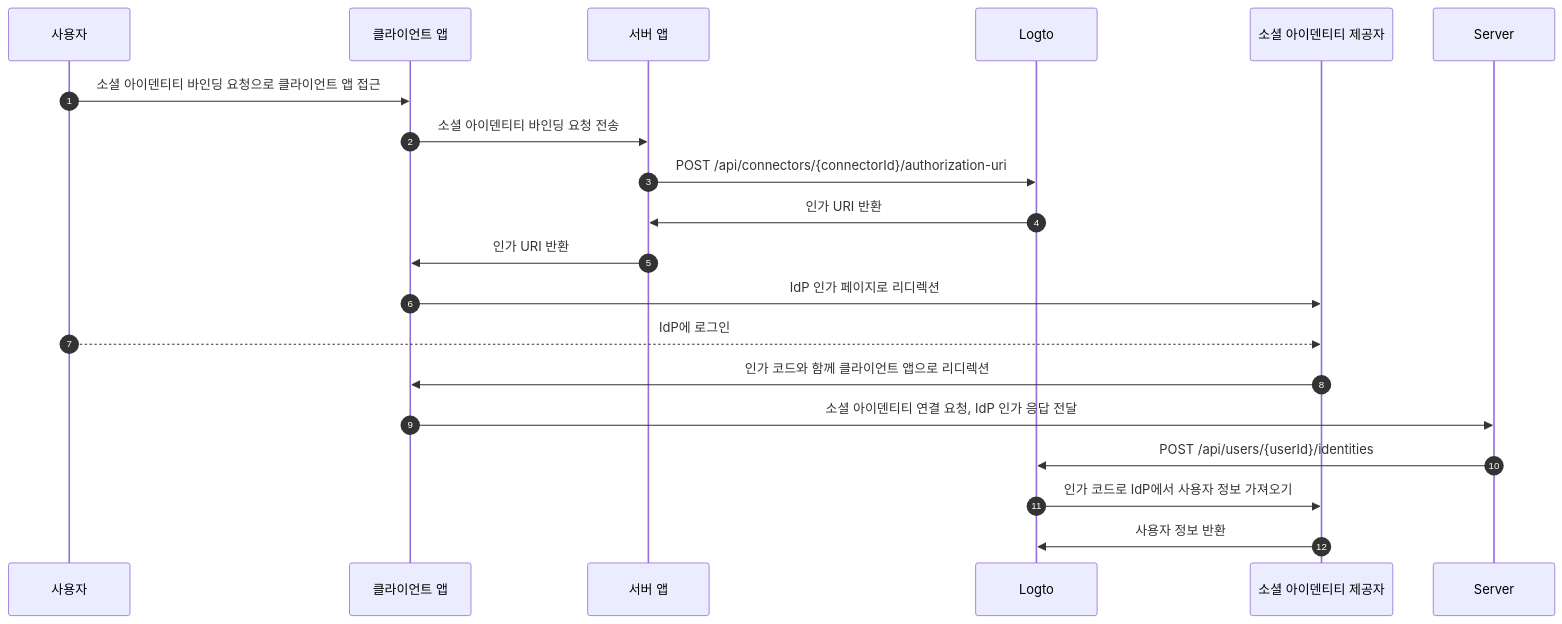
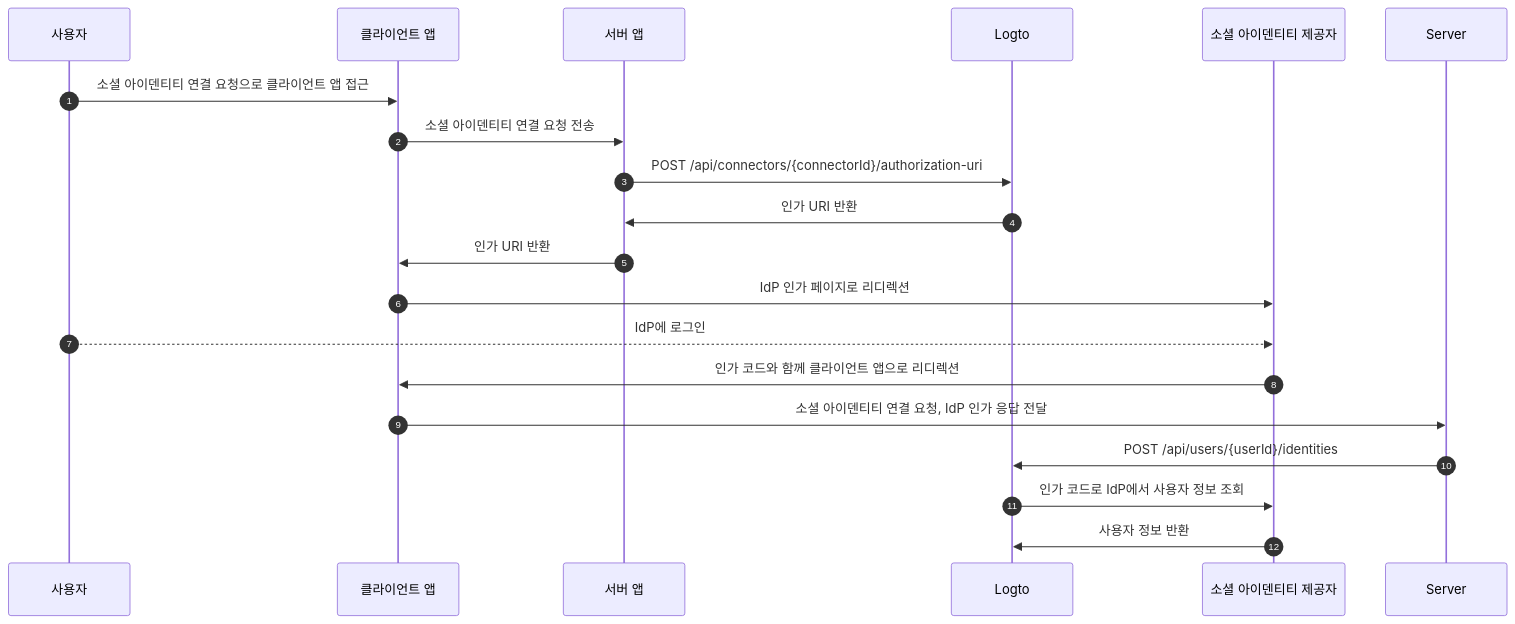
One commit to logto-io/docs changed the third of 3 diagrams in i18n/ko/docusaurus-plugin-content-docs/current/end-user-flows/account-settings/by-management-api.mdx. Above: the diagram before and after it, drawn with Mermaid. The commit also changed other lines of this file and 74 other files, not shown here.

````diff
--- a/i18n/ko/docusaurus-plugin-content-docs/current/end-user-flows/account-settings/by-management-api.mdx
+++ b/i18n/ko/docusaurus-plugin-content-docs/current/end-user-flows/account-settings/by-management-api.mdx
@@ -121,22 +120,22 @@
 ```mermaid
 sequenceDiagram
     autoNumber
     participant User as 사용자
     participant Client as 클라이언트 앱
     participant App as 서버 앱
     participant Logto as Logto
     participant IdP as 소셜 아이덴티티 제공자
 
-    User ->> Client: 소셜 아이덴티티 바인딩 요청으로 클라이언트 앱 접근
-    Client ->> App: 소셜 아이덴티티 바인딩 요청 전송
+    User ->> Client: 소셜 아이덴티티 연결 요청으로 클라이언트 앱 접근
+    Client ->> App: 소셜 아이덴티티 연결 요청 전송
     App ->> Logto: POST /api/connectors/{connectorId}/authorization-uri
     Logto ->> App: 인가 URI 반환
     App ->> Client: 인가 URI 반환
     Client ->> IdP: IdP 인가 페이지로 리디렉션
     User -->> IdP: IdP에 로그인
     IdP ->> Client: 인가 코드와 함께 클라이언트 앱으로 리디렉션
     Client ->> Server: 소셜 아이덴티티 연결 요청, IdP 인가 응답 전달
     Server ->> Logto: POST /api/users/{userId}/identities
-    Logto ->> IdP: 인가 코드로 IdP에서 사용자 정보 가져오기
+    Logto ->> IdP: 인가 코드로 IdP에서 사용자 정보 조회
     IdP ->> Logto: 사용자 정보 반환
 ```
````
